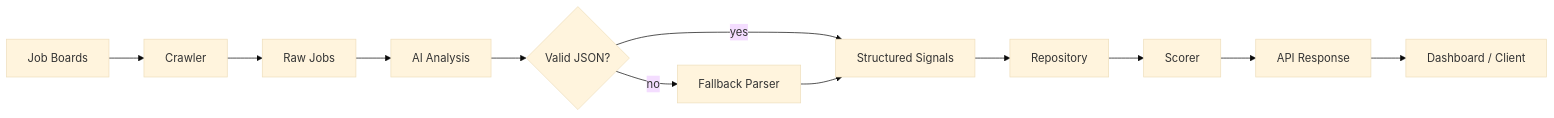
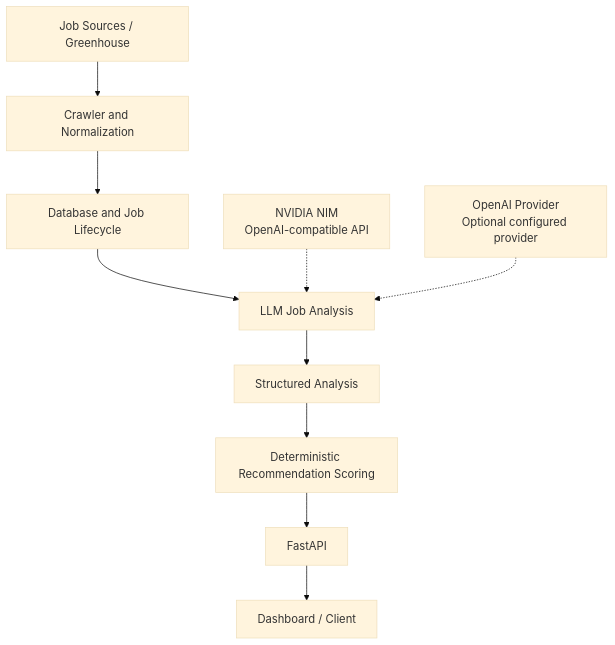
Before and after one commit to cbssmh/ai-job-scout: the diagram in README.md, drawn with Mermaid (base theme). The commit also changed other lines of this file and 7 other files, not shown here.

Commit message:
feat: finalize NVIDIA provider integration

````diff
--- a/README.md
+++ b/README.md
@@ -66,14 +37,12 @@
 ```mermaid
-flowchart LR
-    A["Job Boards"] --> B["Crawler"]
-    B --> C["Raw Jobs"]
-    C --> D["AI Analysis"]
-    D --> E{"Valid JSON?"}
-    E -- yes --> F["Structured Signals"]
-    E -- no --> G["Fallback Parser"]
-    G --> F
-    F --> H["Repository"]
-    H --> I["Scorer"]
-    I --> J["API Response"]
-    J --> K["Dashboard / Client"]
+flowchart TD
+    A["Job Sources / Greenhouse"] --> B["Crawler and Normalization"]
+    B --> C["Database and Job Lifecycle"]
+    C --> D["LLM Job Analysis"]
+    N["NVIDIA NIM<br/>OpenAI-compatible API"] -.-> D
+    O["OpenAI Provider<br/>Optional configured provider"] -.-> D
+    D --> E["Structured Analysis"]
+    E --> F["Deterministic Recommendation Scoring"]
+    F --> G["FastAPI"]
+    G --> H["Dashboard / Client"]
 ```
````
